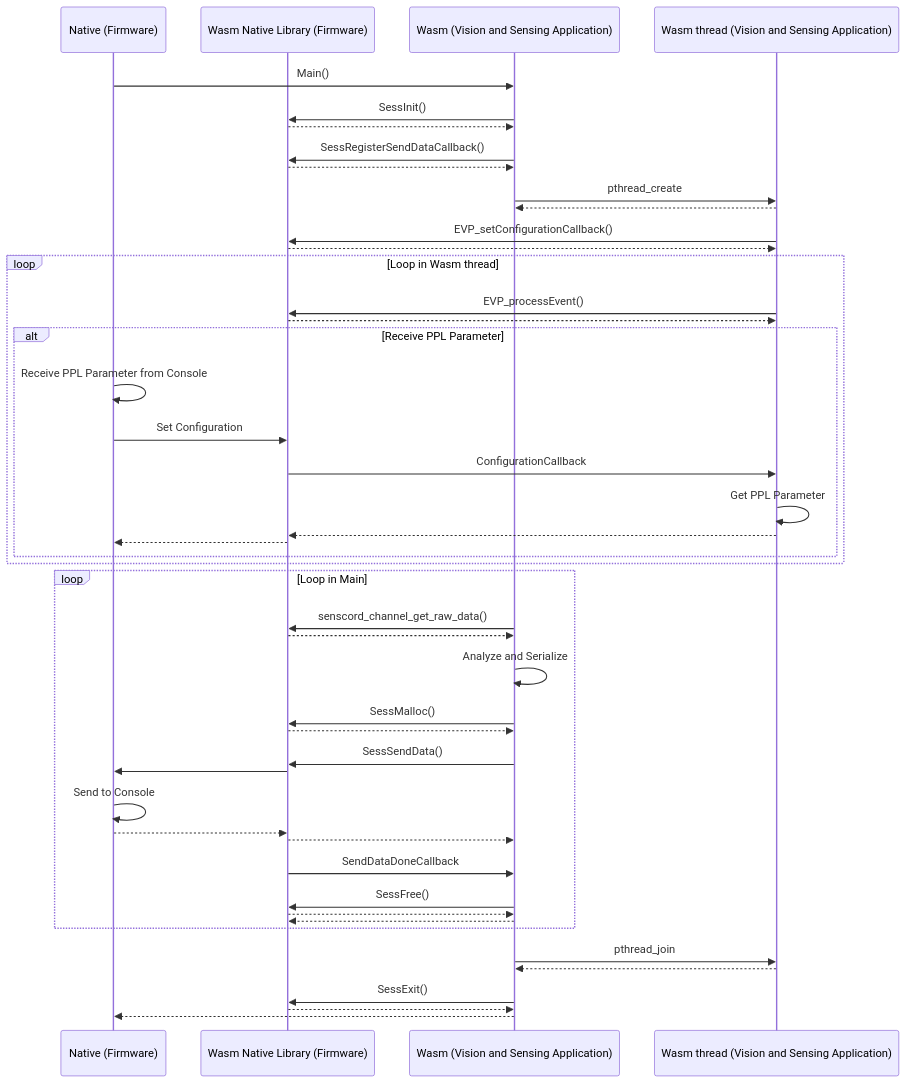
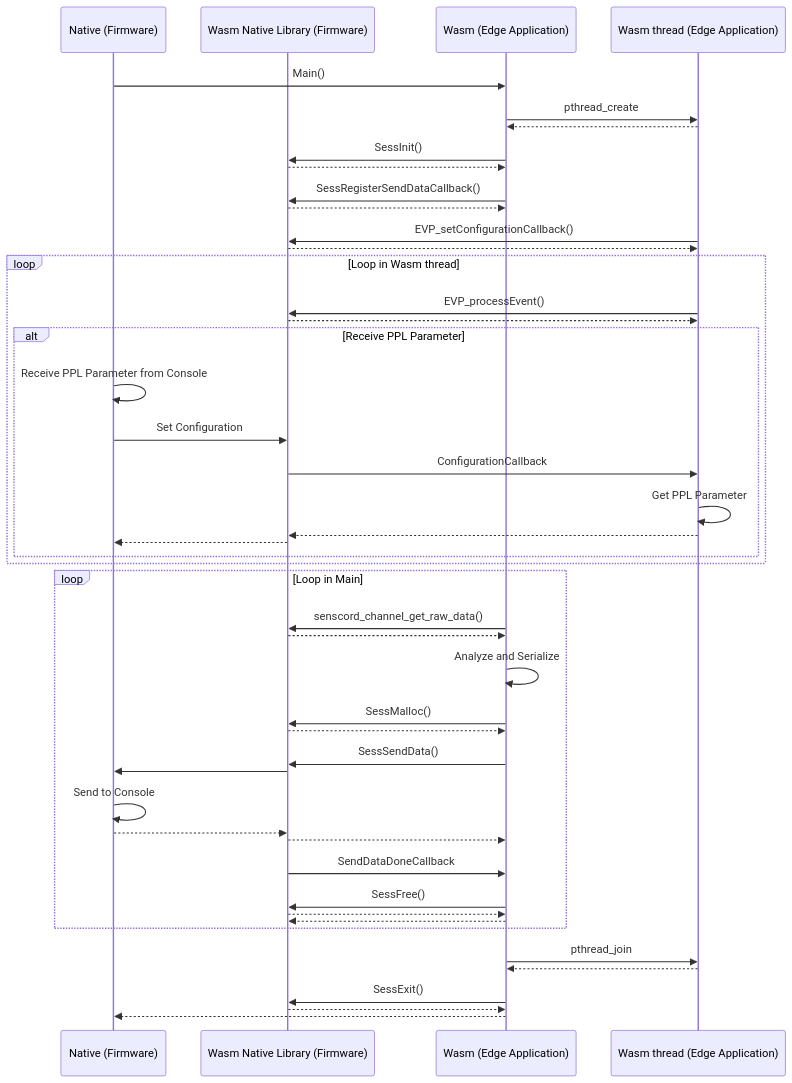
Before and after one commit to ZucchiniTang/aitrios-sdk-vision-sensing-app: the second of 2 diagrams in tutorials/4_prepare_application/1_develop/README_migration_0.2_1.0.md, drawn with Mermaid. The commit also changed other lines of this file and 170 other files, not shown here.

````diff
--- a/tutorials/4_prepare_application/1_develop/README_migration_0.2_1.0.md
+++ b/tutorials/4_prepare_application/1_develop/README_migration_0.2_1.0.md
@@ -52,49 +52,49 @@
 ```mermaid
 sequenceDiagram
 participant Native as Native (Firmware)
 participant Wasm_Lib as Wasm Native Library (Firmware)
-participant Wasm as Wasm (Vision and Sensing Application)
-participant Wasm_Thread as Wasm thread (Vision and Sensing Application)
+participant Wasm as Wasm (Edge Application)
+participant Wasm_Thread as Wasm thread (Edge Application)
 Native->>Wasm: Main()
+Wasm->>Wasm_Thread: pthread_create
+Wasm_Thread-->>Wasm: 
 Wasm->>Wasm_Lib: SessInit()
 Wasm_Lib-->>Wasm: 
 Wasm->>Wasm_Lib: SessRegisterSendDataCallback()
 Wasm_Lib-->>Wasm: 
-Wasm->>Wasm_Thread: pthread_create
-Wasm_Thread-->>Wasm: 
 Wasm_Thread->>Wasm_Lib: EVP_setConfigurationCallback()
 Wasm_Lib-->>Wasm_Thread: 
 loop Loop in Wasm thread
     Wasm_Thread->>Wasm_Lib: EVP_processEvent()
     Wasm_Lib-->>Wasm_Thread: 
     alt Receive PPL Parameter
     Native->>Native: Receive PPL Parameter from Console
     Native->>Wasm_Lib: Set Configuration
     Wasm_Lib->>Wasm_Thread: ConfigurationCallback
     Wasm_Thread->>Wasm_Thread: Get PPL Parameter
     Wasm_Thread-->> Wasm_Lib: 
     Wasm_Lib-->>Native: 
     end
 end
 loop Loop in Main
     Wasm->>Wasm_Lib: senscord_channel_get_raw_data()
     Wasm_Lib-->>Wasm: 
     Wasm->>Wasm: Analyze and Serialize
     Wasm->>Wasm_Lib: SessMalloc()
     Wasm_Lib-->>Wasm: 
     Wasm->>Wasm_Lib: SessSendData()
     Wasm_Lib->>Native: 
     Native->>Native: Send to Console
     Native-->>Wasm_Lib: 
     Wasm_Lib-->>Wasm: 
     Wasm_Lib->>Wasm: SendDataDoneCallback
     Wasm->>Wasm_Lib: SessFree()
     Wasm_Lib-->>Wasm: 
     Wasm-->>Wasm_Lib: 
 end
 Wasm->>Wasm_Thread: pthread_join
 Wasm_Thread-->>Wasm: 
 Wasm->>Wasm_Lib: SessExit()
 Wasm_Lib-->>Wasm: 
 Wasm-->>Native: 
 ```
````
